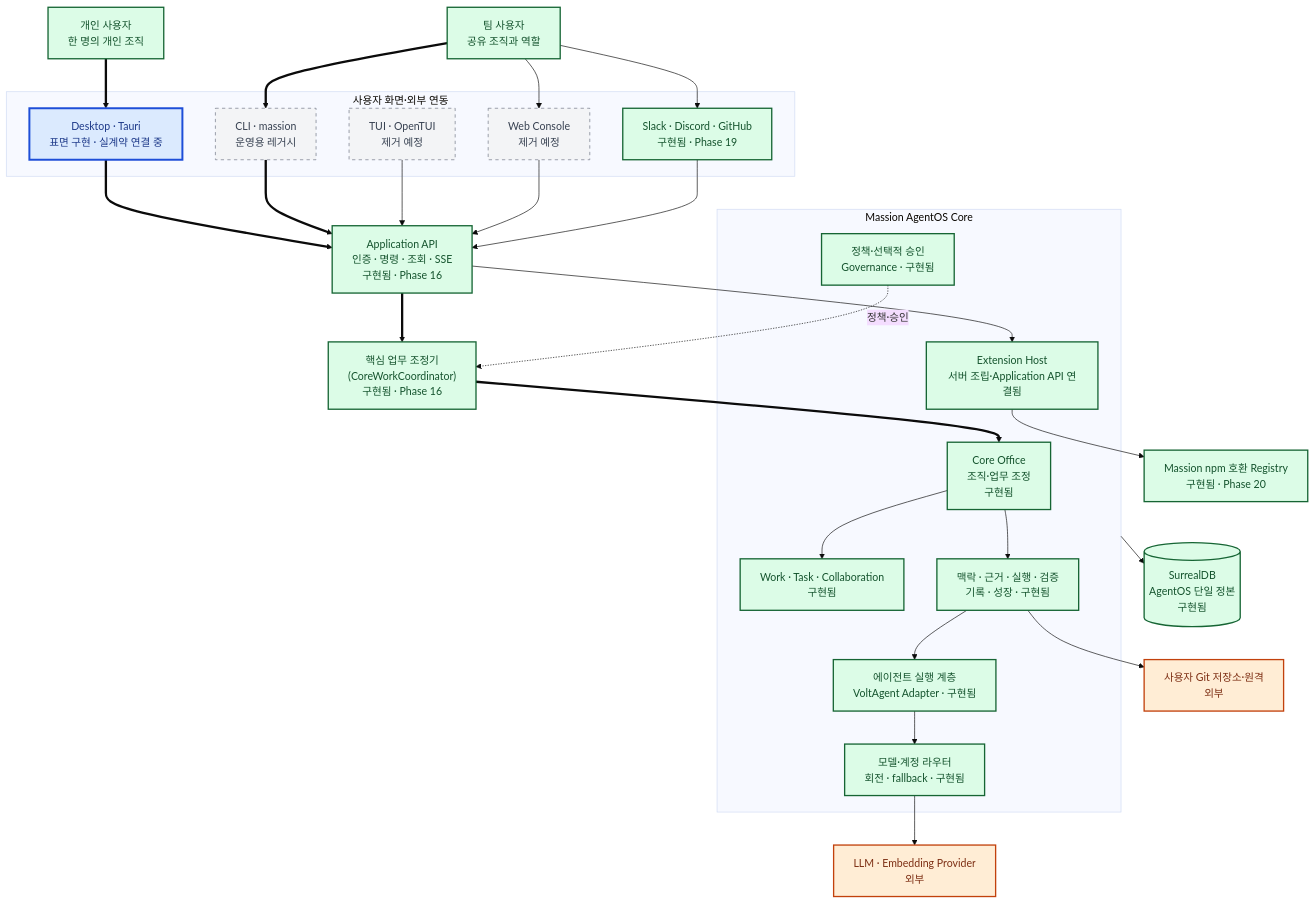
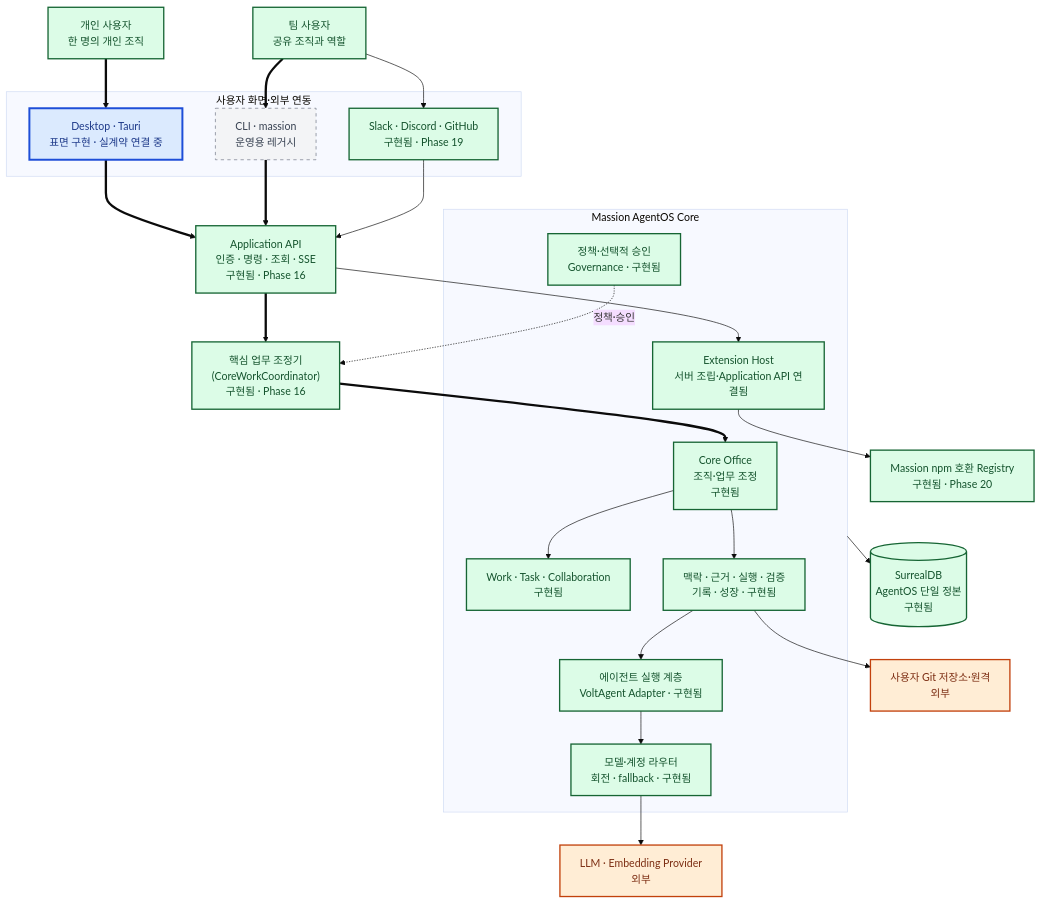
Before and after one commit to jabdori/massion: the first of 11 diagrams in docs/architecture/README.md, drawn with Mermaid (base theme). The commit also changed other lines of this file and 943 other files, not shown here.

First line of the commit message:
refactor!: remove legacy web and tui surfaces

````diff
--- a/docs/architecture/README.md
+++ b/docs/architecture/README.md
@@ -32,58 +32,53 @@
 ```mermaid
 flowchart TB
   classDef implemented fill:#dcfce7,stroke:#166534,color:#14532d,stroke-width:2px;
   classDef implementing fill:#dbeafe,stroke:#1d4ed8,color:#1e3a8a,stroke-width:3px;
   classDef planned fill:#f3f4f6,stroke:#6b7280,color:#374151,stroke-width:1px,stroke-dasharray:5 5;
   classDef external fill:#ffedd5,stroke:#c2410c,color:#7c2d12,stroke-width:2px;
 
   Person["개인 사용자<br/>한 명의 개인 조직"]:::implemented
   Team["팀 사용자<br/>공유 조직과 역할"]:::implemented
 
   subgraph Surfaces["사용자 화면·외부 연동"]
     Desktop["Desktop · Tauri<br/>표면 구현 · 실계약 연결 중"]:::implementing
     CLI["CLI · massion<br/>운영용 레거시"]:::planned
-    TUI["TUI · OpenTUI<br/>제거 예정"]:::planned
-    Web["Web Console<br/>제거 예정"]:::planned
     Channels["Slack · Discord · GitHub<br/>구현됨 · Phase 19"]:::implemented
   end
 
   API["Application API<br/>인증 · 명령 · 조회 · SSE<br/>구현됨 · Phase 16"]:::implemented
   Coordinator["핵심 업무 조정기<br/>(CoreWorkCoordinator)<br/>구현됨 · Phase 16"]:::implemented
 
   subgraph AgentOS["Massion AgentOS Core"]
     Office["Core Office<br/>조직·업무 조정<br/>구현됨"]:::implemented
     Work["Work · Task · Collaboration<br/>구현됨"]:::implemented
     Governance["정책·선택적 승인<br/>Governance · 구현됨"]:::implemented
     Intelligence["맥락 · 근거 · 실행 · 검증<br/>기록 · 성장 · 구현됨"]:::implemented
     Runtime["에이전트 실행 계층<br/>VoltAgent Adapter · 구현됨"]:::implemented
     Router["모델·계정 라우터<br/>회전 · fallback · 구현됨"]:::implemented
     ExtHost["Extension Host<br/>서버 조립·Application API 연결됨"]:::implemented
   end
 
   DB[("SurrealDB<br/>AgentOS 단일 정본<br/>구현됨")]:::implemented
   Registry["Massion npm 호환 Registry<br/>구현됨 · Phase 20"]:::implemented
   Providers["LLM · Embedding Provider<br/>외부"]:::external
   Git["사용자 Git 저장소·원격<br/>외부"]:::external
 
   Person ==> Desktop
   Team ==> CLI
-  Team --> Web
   Team --> Channels
   Desktop ==> API
   CLI ==> API
-  TUI --> API
-  Web --> API
   Channels --> API
   API ==> Coordinator
   Coordinator ==> Office
   Office --> Work
   Governance -. "정책·승인" .-> Coordinator
   Office --> Intelligence
   Intelligence --> Runtime
   Runtime --> Router
   API --> ExtHost
   AgentOS --> DB
   Router --> Providers
   ExtHost --> Registry
   Intelligence --> Git
 ```
````
